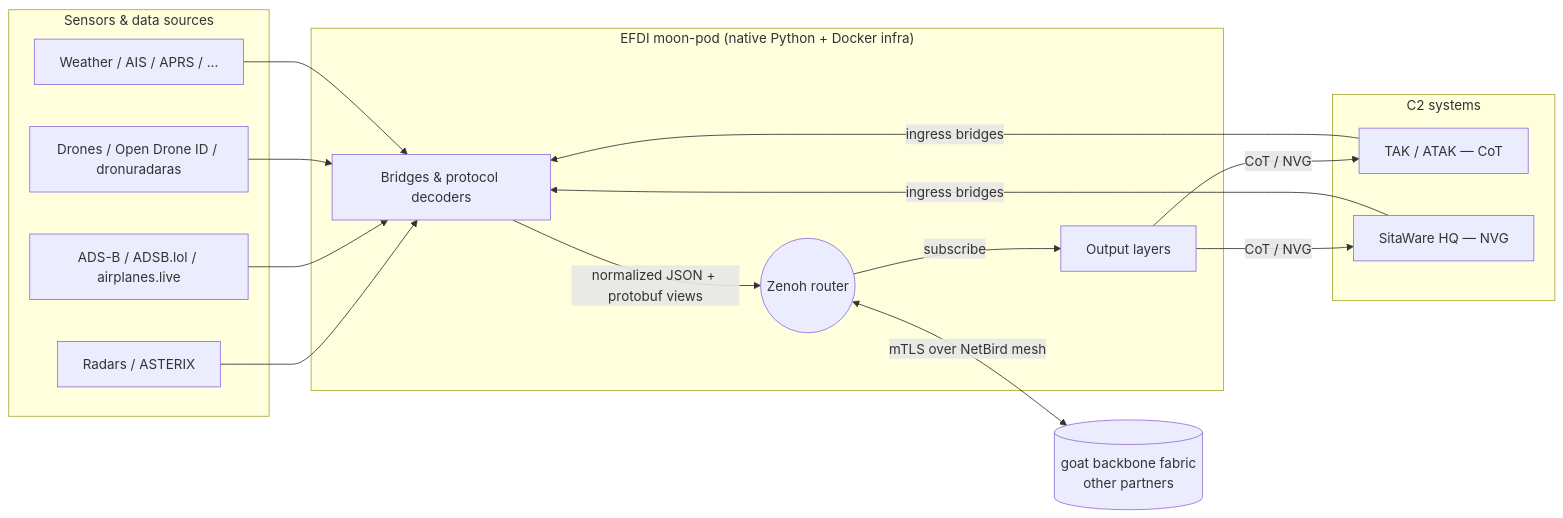
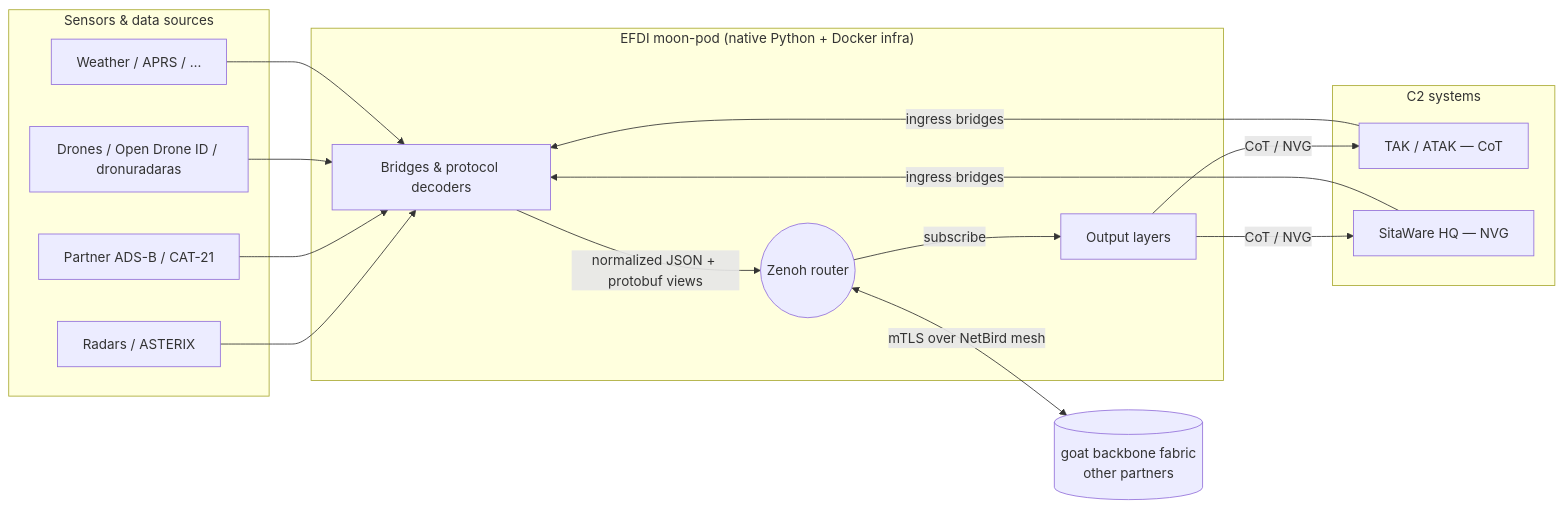
One commit to lk-risb/EFDI changed the first of 2 diagrams in docs/EXPLAINED.md. Above: the diagram before and after it, drawn with Mermaid. The commit also changed other lines of this file and 73 other files, not shown here.

````diff
--- a/docs/EXPLAINED.md
+++ b/docs/EXPLAINED.md
@@ -45,28 +55,28 @@
 ```mermaid
 flowchart LR
   subgraph Sources["Sensors & data sources"]
     R[Radars / ASTERIX]
-    A[ADS-B / ADSB.lol / airplanes.live]
+    A[Partner ADS-B / CAT-21]
     D[Drones / Open Drone ID / dronuradaras]
-    W[Weather / AIS / APRS / …]
+    W[Weather / APRS / …]
   end
 
   subgraph Pod["EFDI moon-pod (native Python + Docker infra)"]
     B[Bridges & protocol decoders]
     Z((Zenoh router))
     L[Output layers]
     B -->|normalized JSON + protobuf views| Z
     Z -->|subscribe| L
   end
 
   subgraph C2["C2 systems"]
     T[TAK / ATAK — CoT]
     S[SitaWare HQ — NVG]
   end
 
   R & A & D & W --> B
   L -->|CoT / NVG| T & S
   T & S -->|ingress bridges| B
 
   Z <-->|mTLS over NetBird mesh| BB[(goat backbone fabric<br/>other partners)]
 ```
````
